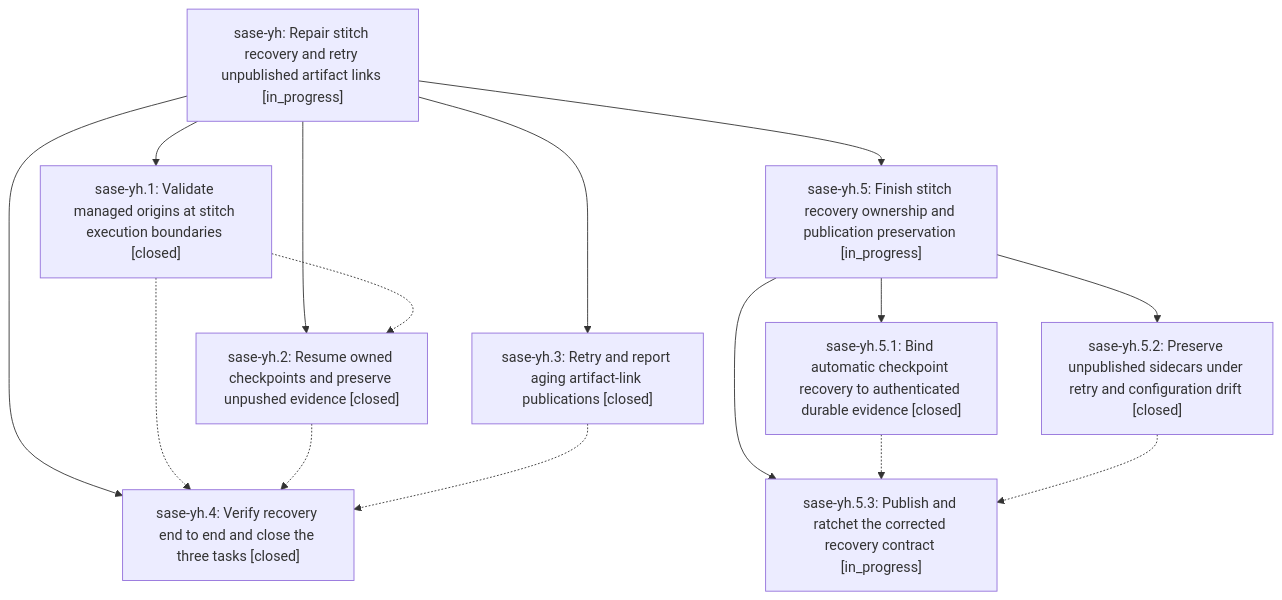
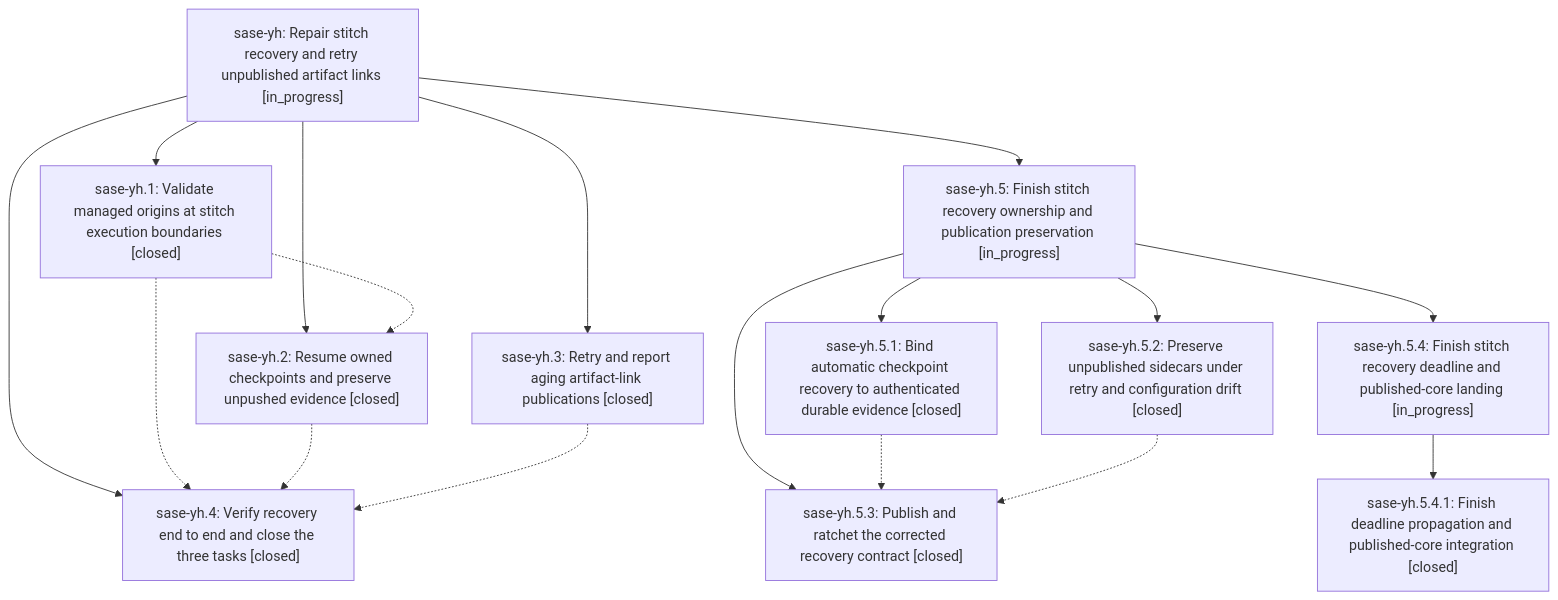
The diagram in pages/sase-yh/README.md (sase-org/sase--beads), drawn with Mermaid before and after one commit. The commit also changed other lines of this file and 6 other files, not shown here.

````diff
--- a/pages/sase-yh/README.md
+++ b/pages/sase-yh/README.md
@@ -45,26 +47,30 @@
 ```mermaid
 flowchart TD
     n0["sase-yh: Repair stitch recovery and retry unpublished artifact links [in_progress]"]
     n1["sase-yh.1: Validate managed origins at stitch execution boundaries [closed]"]
     n2["sase-yh.2: Resume owned checkpoints and preserve unpushed evidence [closed]"]
     n3["sase-yh.3: Retry and report aging artifact-link publications [closed]"]
     n4["sase-yh.4: Verify recovery end to end and close the three tasks [closed]"]
     n5["sase-yh.5: Finish stitch recovery ownership and publication preservation [in_progress]"]
     n6["sase-yh.5.1: Bind automatic checkpoint recovery to authenticated durable evidence [closed]"]
     n7["sase-yh.5.2: Preserve unpublished sidecars under retry and configuration drift [closed]"]
-    n8["sase-yh.5.3: Publish and ratchet the corrected recovery contract [in_progress]"]
+    n8["sase-yh.5.3: Publish and ratchet the corrected recovery contract [closed]"]
+    n9["sase-yh.5.4: Finish stitch recovery deadline and published-core landing [in_progress]"]
+    n10["sase-yh.5.4.1: Finish deadline propagation and published-core integration [closed]"]
     n0 --> n1
     n0 --> n2
     n0 --> n3
     n0 --> n4
     n0 --> n5
     n5 --> n6
     n5 --> n7
     n5 --> n8
+    n5 --> n9
+    n9 --> n10
     n1 -.-> n2
     n1 -.-> n4
     n2 -.-> n4
     n3 -.-> n4
     n6 -.-> n8
     n7 -.-> n8
 ```
````
